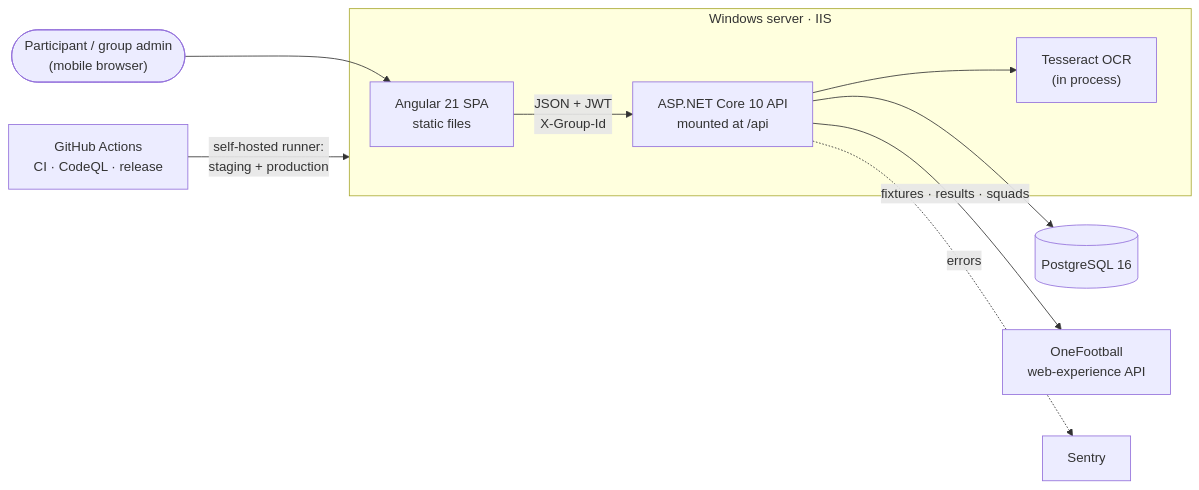
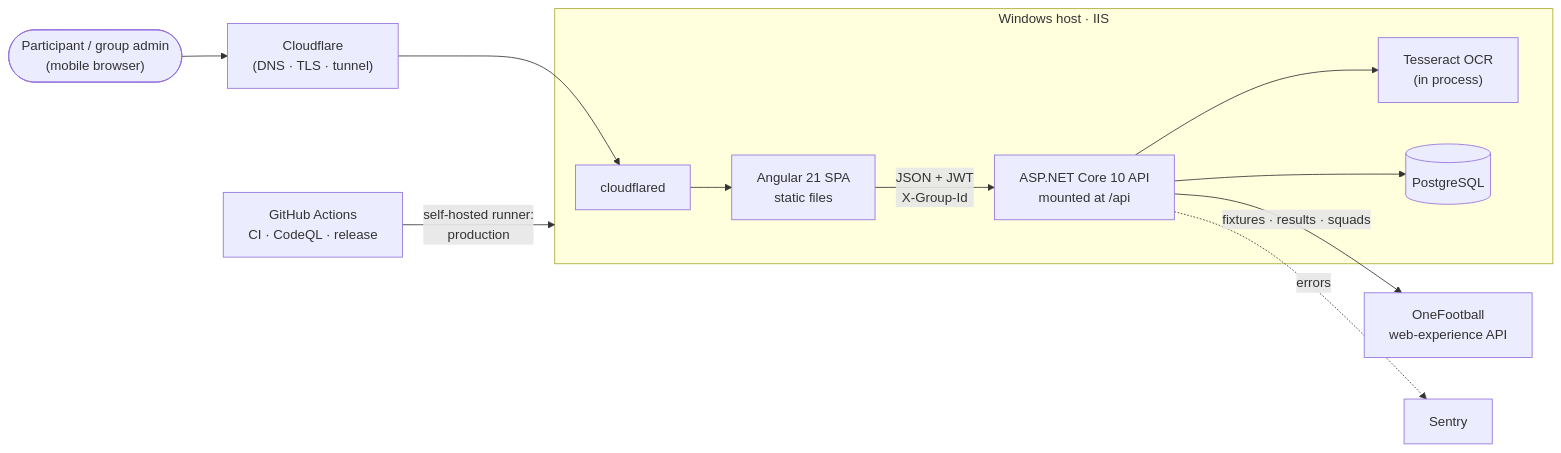
Before and after one commit to oliviobecker/palpitaoapp: the first of 3 diagrams in docs/architecture.md, drawn with Mermaid. The commit also changed 16 other files, not shown here.

First line of the commit message:
ci: pin self-hosted jobs to the Palpitao runner and remove staging (#82)

````diff
--- a/docs/architecture.md
+++ b/docs/architecture.md
@@ -9,21 +9,23 @@
 ```mermaid
 flowchart LR
     user(["Participant / group admin<br/>(mobile browser)"])
-    subgraph host["Windows server · IIS"]
+    cf["Cloudflare<br/>(DNS · TLS · tunnel)"]
+    subgraph host["Windows host · IIS"]
+        tunnel["cloudflared"]
         spa["Angular 21 SPA<br/>static files"]
         api["ASP.NET Core 10 API<br/>mounted at /api"]
         ocr["Tesseract OCR<br/>(in process)"]
+        db[("PostgreSQL")]
     end
-    db[("PostgreSQL 16")]
     of["OneFootball<br/>web-experience API"]
     sentry["Sentry"]
     gh["GitHub Actions<br/>CI · CodeQL · release"]
 
-    user --> spa
+    user --> cf --> tunnel --> spa
     spa -- "JSON + JWT<br/>X-Group-Id" --> api
     api --> db
     api --> ocr
     api -- "fixtures · results · squads" --> of
     api -. errors .-> sentry
-    gh -- "self-hosted runner:<br/>staging + production" --> host
+    gh -- "self-hosted runner:<br/>production" --> host
 ```
````
